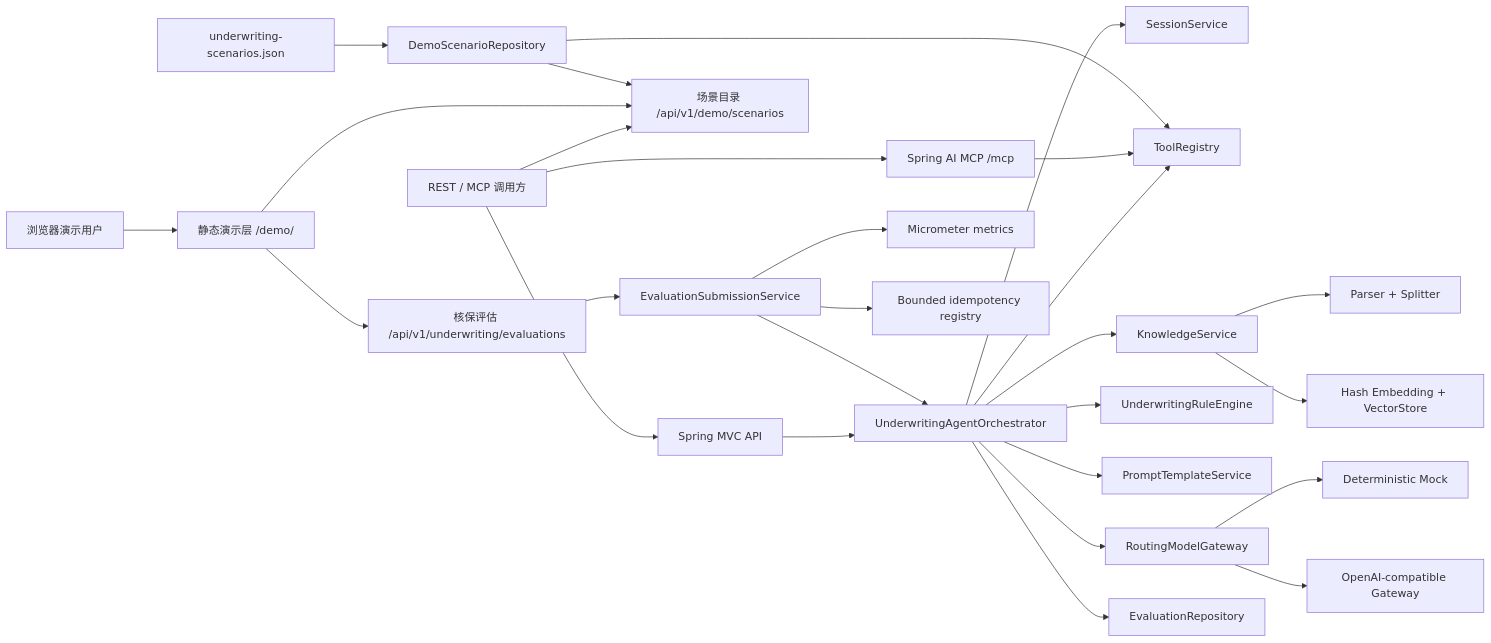
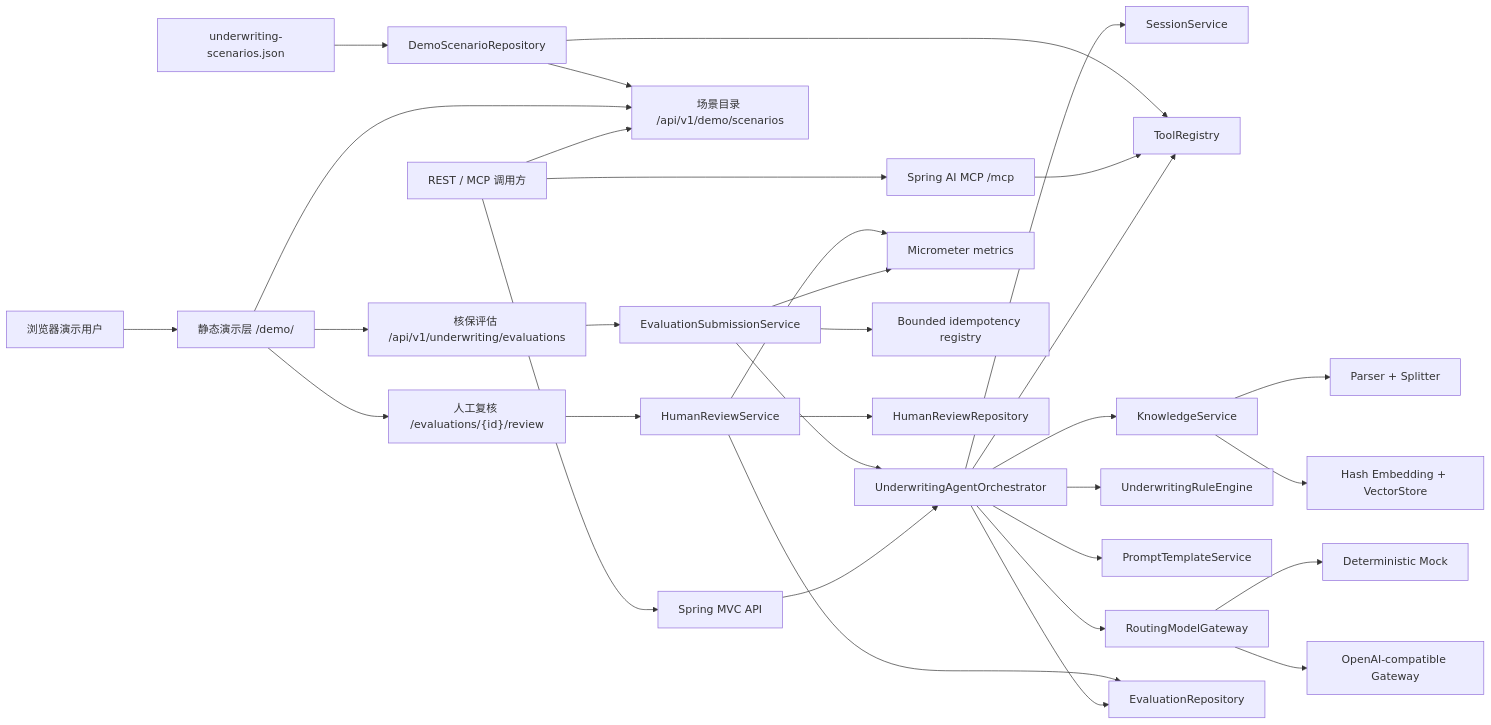
One commit to hrniux/insurance-underwriting-agent-demo changed the diagram in docs/ARCHITECTURE.md. Above: the diagram before and after it, drawn with Mermaid. The commit also changed other lines of this file and 24 other files, not shown here.

````diff
--- a/docs/ARCHITECTURE.md
+++ b/docs/ARCHITECTURE.md
@@ -11,29 +11,34 @@
 ```mermaid
 flowchart LR
     User["REST / MCP 调用方"] --> API["Spring MVC API"]
     User --> MCP["Spring AI MCP /mcp"]
     User --> DemoAPI["场景目录 /api/v1/demo/scenarios"]
     DemoUser["浏览器演示用户"] --> Console["静态演示层 /demo/"]
     Console --> DemoAPI
     Console --> EvaluationAPI["核保评估 /api/v1/underwriting/evaluations"]
+    Console --> ReviewAPI["人工复核 /evaluations/{id}/review"]
     API --> Agent["UnderwritingAgentOrchestrator"]
     EvaluationAPI --> Submission["EvaluationSubmissionService"]
     Submission --> Agent
     Submission --> Metrics["Micrometer metrics"]
     Submission --> Idempotency["Bounded idempotency registry"]
     Agent --> Session["SessionService"]
     Agent --> Tools["ToolRegistry"]
     MCP --> Tools
     Data["underwriting-scenarios.json"] --> Scenarios["DemoScenarioRepository"]
     Scenarios --> Tools
     Scenarios --> DemoAPI
     Agent --> RAG["KnowledgeService"]
     RAG --> Split["Parser + Splitter"]
     RAG --> Vector["Hash Embedding + VectorStore"]
     Agent --> Rules["UnderwritingRuleEngine"]
     Agent --> Prompt["PromptTemplateService"]
     Agent --> Router["RoutingModelGateway"]
     Router --> Mock["Deterministic Mock"]
     Router --> Compatible["OpenAI-compatible Gateway"]
     Agent --> Evaluation["EvaluationRepository"]
+    ReviewAPI --> ReviewService["HumanReviewService"]
+    ReviewService --> Evaluation
+    ReviewService --> ReviewRepository["HumanReviewRepository"]
+    ReviewService --> Metrics
 ```
````
